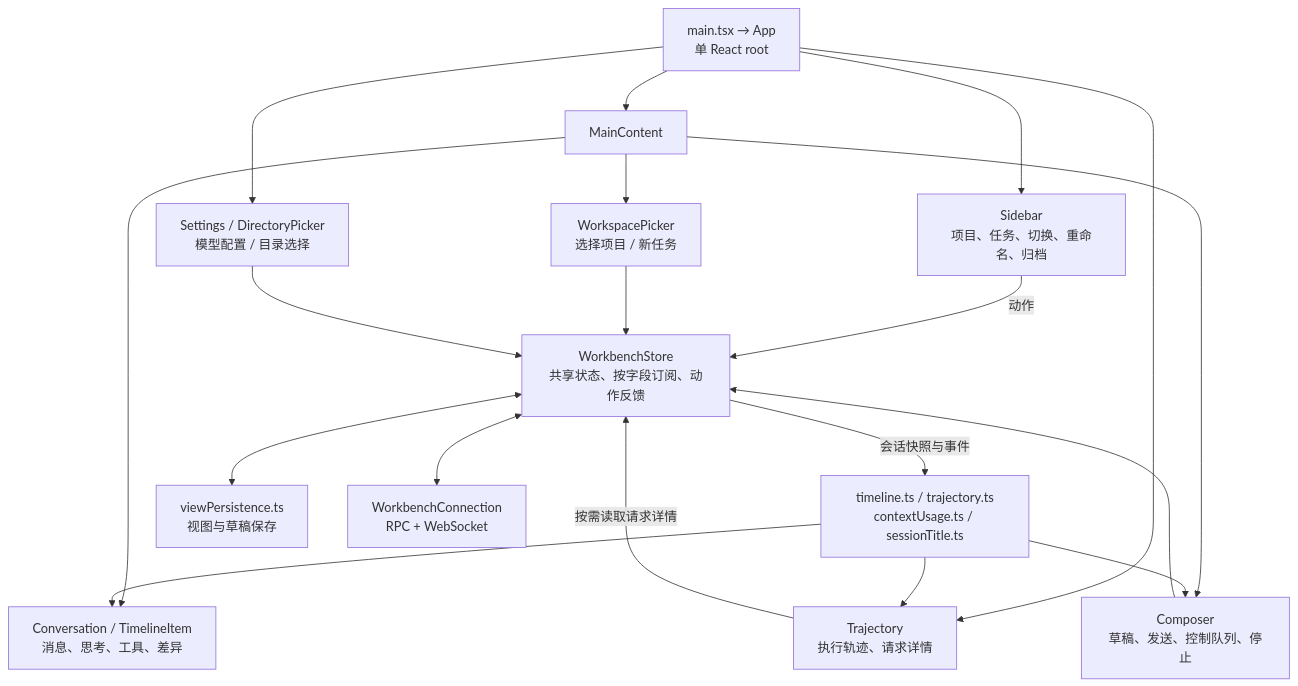
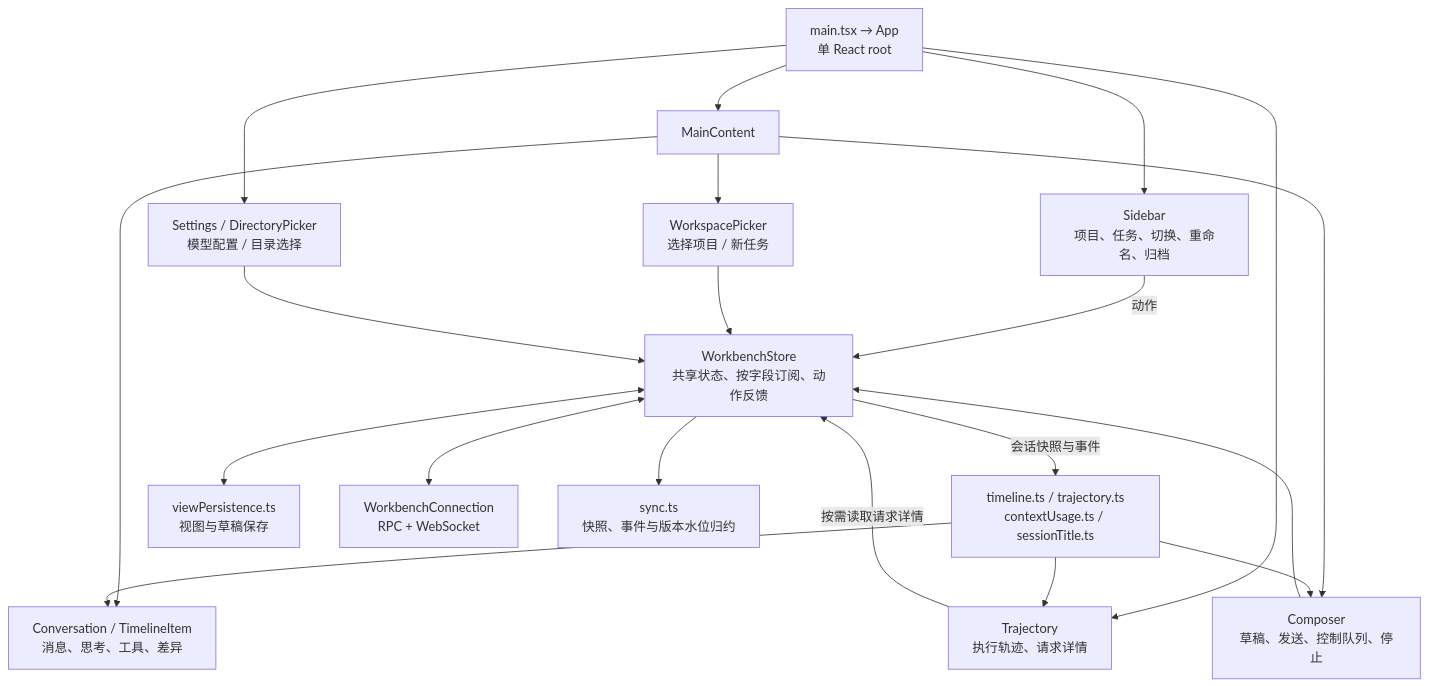
Before and after one commit to qjcnmd/singularity-agent: the seventh of 29 diagrams in docs/singularity.md, drawn with Mermaid. The commit also changed other lines of this file and 71 other files, not shown here.

````diff
--- a/docs/singularity.md
+++ b/docs/singularity.md
@@ -187,21 +189,22 @@
 ```mermaid
 flowchart TB
     Root["main.tsx → App<br/>单 React root"] --> Sidebar["Sidebar<br/>项目、任务、切换、重命名、归档"]
     Root --> Main["MainContent"]
     Main --> Workspace["WorkspacePicker<br/>选择项目 / 新任务"]
     Main --> ConversationView["Conversation / TimelineItem<br/>消息、思考、工具、差异"]
     Main --> Composer["Composer<br/>草稿、发送、控制队列、停止"]
     Root --> Trajectory["Trajectory<br/>执行轨迹、请求详情"]
     Root --> Settings["Settings / DirectoryPicker<br/>模型配置 / 目录选择"]
     Sidebar -->|"动作"| Store["WorkbenchStore<br/>共享状态、按字段订阅、动作反馈"]
     Workspace --> Store
     Composer --> Store
     Settings --> Store
     Trajectory -->|"按需读取请求详情"| Store
     Store -->|"会话快照与事件"| Derived["timeline.ts / trajectory.ts<br/>contextUsage.ts / sessionTitle.ts"]
     Derived --> ConversationView
     Derived --> Trajectory
     Derived --> Composer
     Store <--> Persistence["viewPersistence.ts<br/>视图与草稿保存"]
     Store <--> Connection["WorkbenchConnection<br/>RPC + WebSocket"]
+    Store --> Sync["sync.ts<br/>快照、事件与版本水位归约"]
 ```
````
